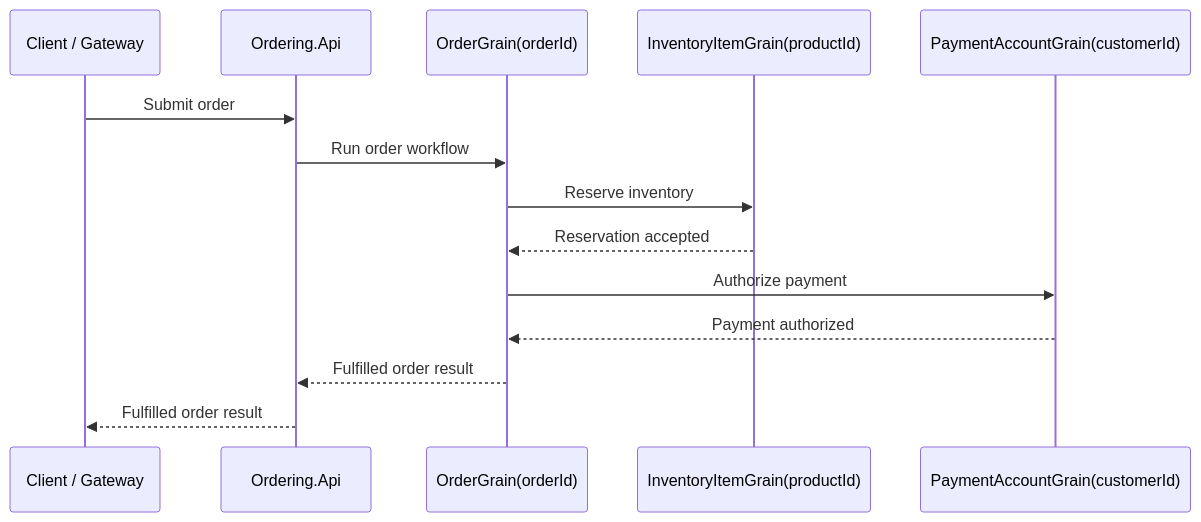
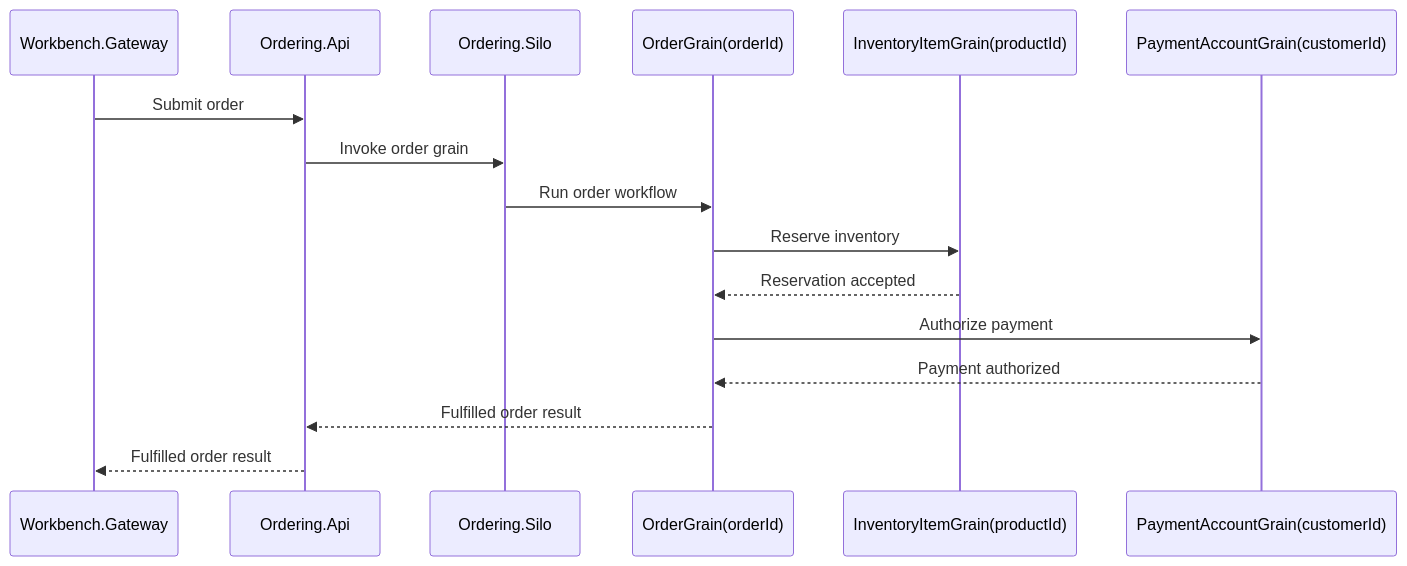
Before and after one commit to petesramek/microservices-vs-virtual-actors: the second of 3 diagrams in docs/03-virtual-actors-design.md, drawn with Mermaid. The commit also changed other lines of this file and 39 other files, not shown here.

````diff
--- a/docs/03-virtual-actors-design.md
+++ b/docs/03-virtual-actors-design.md
@@ -85,17 +72,19 @@
 ```mermaid
 sequenceDiagram
-    participant Client as Client / Gateway
+    participant Client as Workbench.Gateway
     participant Api as Ordering.Api
+    participant Silo as Ordering.Silo
     participant Order as OrderGrain(orderId)
     participant Inventory as InventoryItemGrain(productId)
     participant Payment as PaymentAccountGrain(customerId)
 
     Client->>Api: Submit order
-    Api->>Order: Run order workflow
+    Api->>Silo: Invoke order grain
+    Silo->>Order: Run order workflow
     Order->>Inventory: Reserve inventory
     Inventory-->>Order: Reservation accepted
     Order->>Payment: Authorize payment
     Payment-->>Order: Payment authorized
     Order-->>Api: Fulfilled order result
     Api-->>Client: Fulfilled order result
 ```
````
